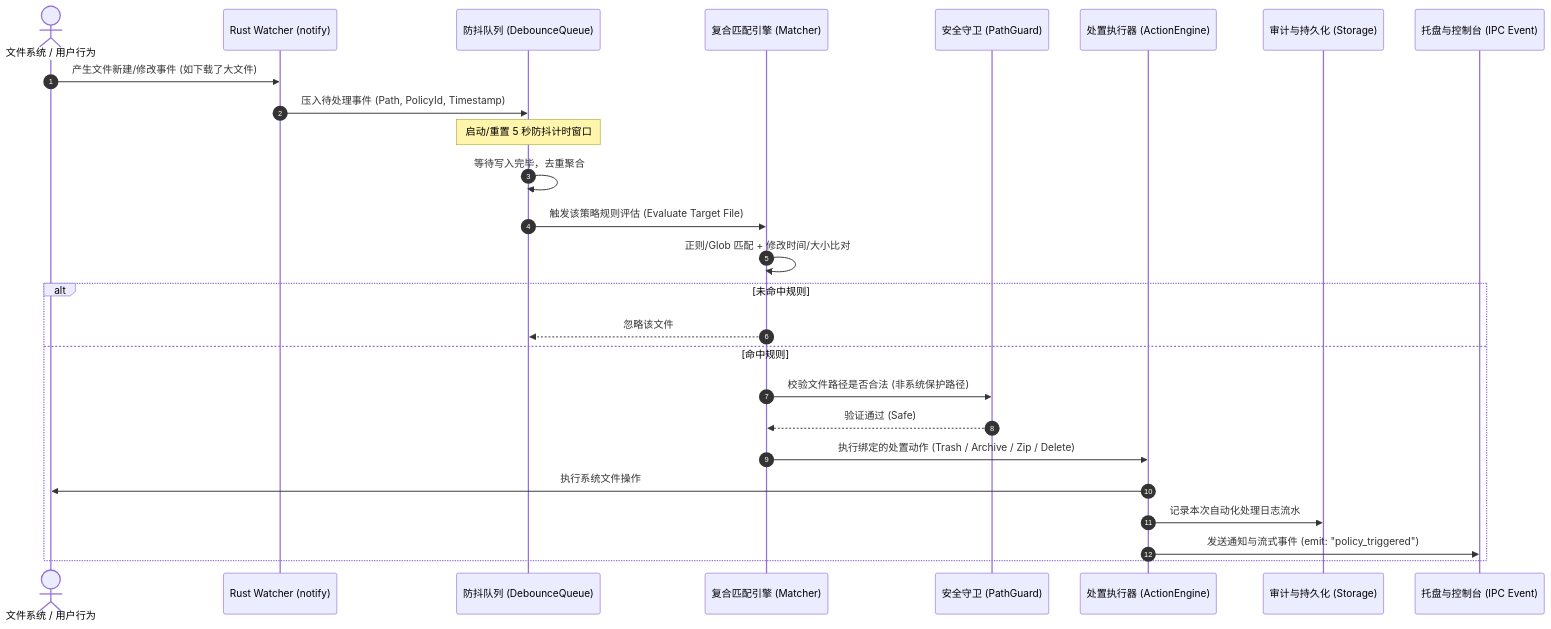
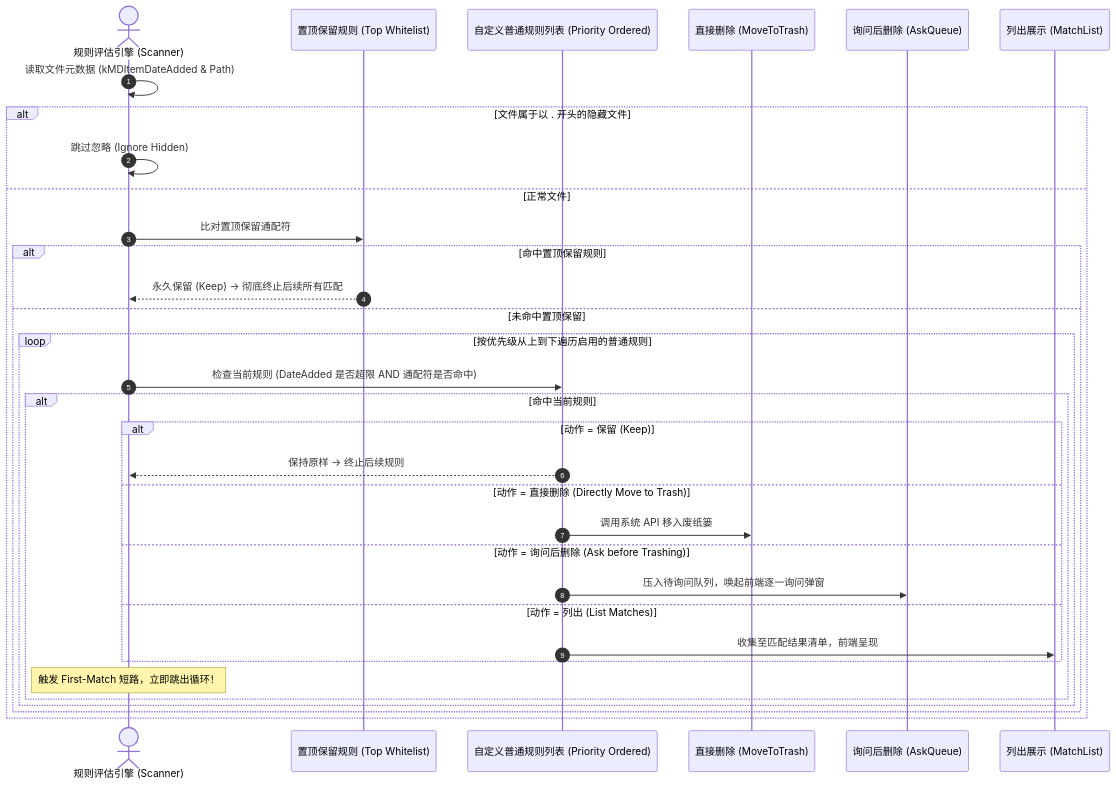
Before and after one commit to AubreyHan/PersonalDev: the second of 4 diagrams in DevDoc/file-purger/ARCHITECTURE.md, drawn with Mermaid. The commit also changed other lines of this file, not shown here.

Commit message:
auto-sync: 2026-11-03 21:48:37 - 1 files (modified: ARCHITECTURE.md)

````diff
--- a/DevDoc/file-purger/ARCHITECTURE.md
+++ b/DevDoc/file-purger/ARCHITECTURE.md
@@ -186,30 +188,36 @@
 ```mermaid
 sequenceDiagram
     autonumber
-    actor OS as 文件系统 / 用户行为
-    participant Watcher as Rust Watcher (notify)
-    participant Debounce as 防抖队列 (DebounceQueue)
-    participant Matcher as 复合匹配引擎 (Matcher)
-    participant Guard as 安全守卫 (PathGuard)
-    participant Action as 处置执行器 (ActionEngine)
-    participant Audit as 审计与持久化 (Storage)
-    participant UI as 托盘与控制台 (IPC Event)
+    actor Engine as 规则评估引擎 (Scanner)
+    participant Whitelist as 置顶保留规则 (Top Whitelist)
+    participant RuleList as 自定义普通规则列表 (Priority Ordered)
+    participant ActionTrash as 直接删除 (MoveToTrash)
+    participant ActionAsk as 询问后删除 (AskQueue)
+    participant ActionList as 列出展示 (MatchList)
 
-    OS->>Watcher: 产生文件新建/修改事件 (如下载了大文件)
-    Watcher->>Debounce: 压入待处理事件 (Path, PolicyId, Timestamp)
-    Note over Debounce: 启动/重置 5 秒防抖计时窗口
-    Debounce->>Debounce: 等待写入完毕，去重聚合
-    Debounce->>Matcher: 触发该策略规则评估 (Evaluate Target File)
-    
-    Matcher->>Matcher: 正则/Glob 匹配 + 修改时间/大小比对
-    alt 未命中规则
-        Matcher-->>Debounce: 忽略该文件
-    else 命中规则
-        Matcher->>Guard: 校验文件路径是否合法 (非系统保护路径)
-        Guard-->>Matcher: 验证通过 (Safe)
-        Matcher->>Action: 执行绑定的处置动作 (Trash / Archive / Zip / Delete)
-        Action->>OS: 执行系统文件操作
-        Action->>Audit: 记录本次自动化处理日志流水
-        Action->>UI: 发送通知与流式事件 (emit: "policy_triggered")
+    Engine->>Engine: 读取文件元数据 (kMDItemDateAdded & Path)
+    alt 文件属于以 . 开头的隐藏文件
+        Engine->>Engine: 跳过忽略 (Ignore Hidden)
+    else 正常文件
+        Engine->>Whitelist: 比对置顶保留通配符
+        alt 命中置顶保留规则
+            Whitelist-->>Engine: 永久保留 (Keep) -> 彻底终止后续所有匹配
+        else 未命中置顶保留
+            loop 按优先级从上到下遍历启用的普通规则
+                Engine->>RuleList: 检查当前规则 (DateAdded 是否超限 AND 通配符是否命中)
+                alt 命中当前规则
+                    alt 动作 = 保留 (Keep)
+                        RuleList-->>Engine: 保持原样 -> 终止后续规则
+                    else 动作 = 直接删除 (Directly Move to Trash)
+                        RuleList->>ActionTrash: 调用系统 API 移入废纸篓
+                    else 动作 = 询问后删除 (Ask before Trashing)
+                        RuleList->>ActionAsk: 压入待询问队列，唤起前端逐一询问弹窗
+                    else 动作 = 列出 (List Matches)
+                        RuleList->>ActionList: 收集至匹配结果清单，前端呈现
+                    end
+                    Note over Engine: 触发 First-Match 短路，立即跳出循环！
+                end
+            end
+        end
     end
 ```
````
